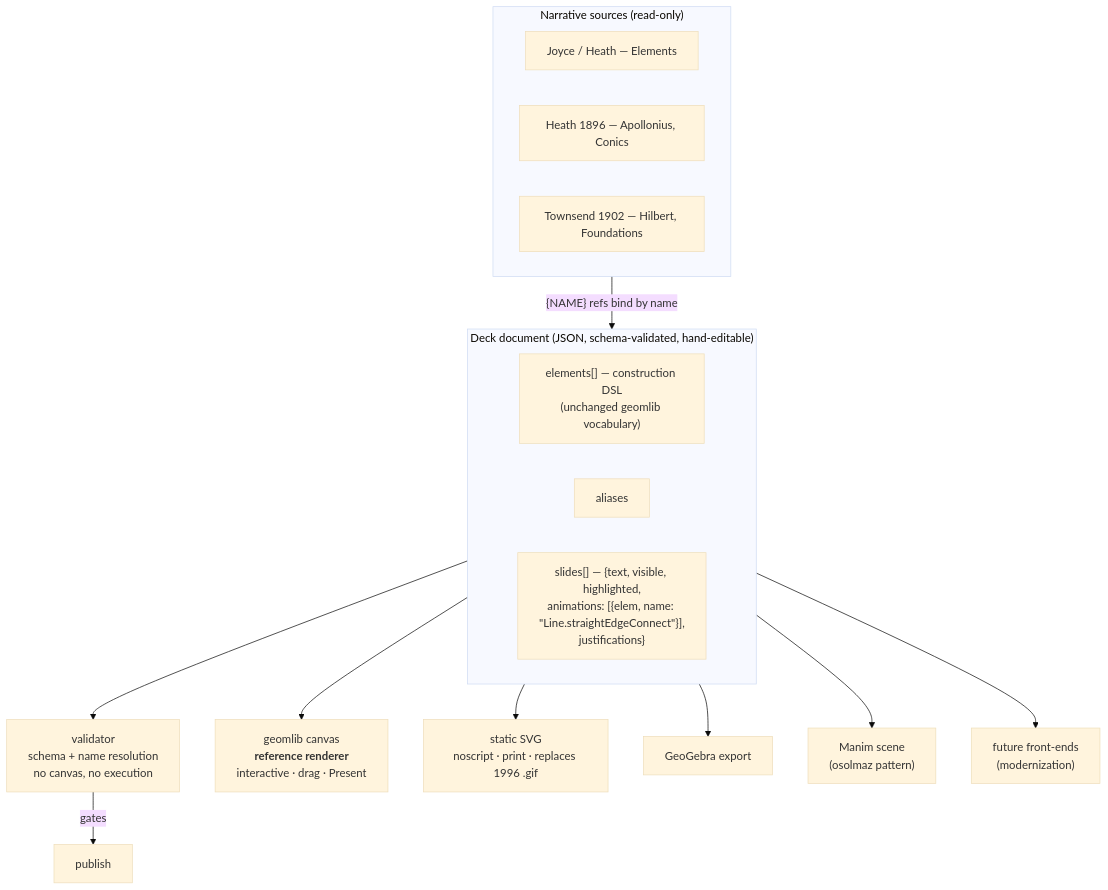
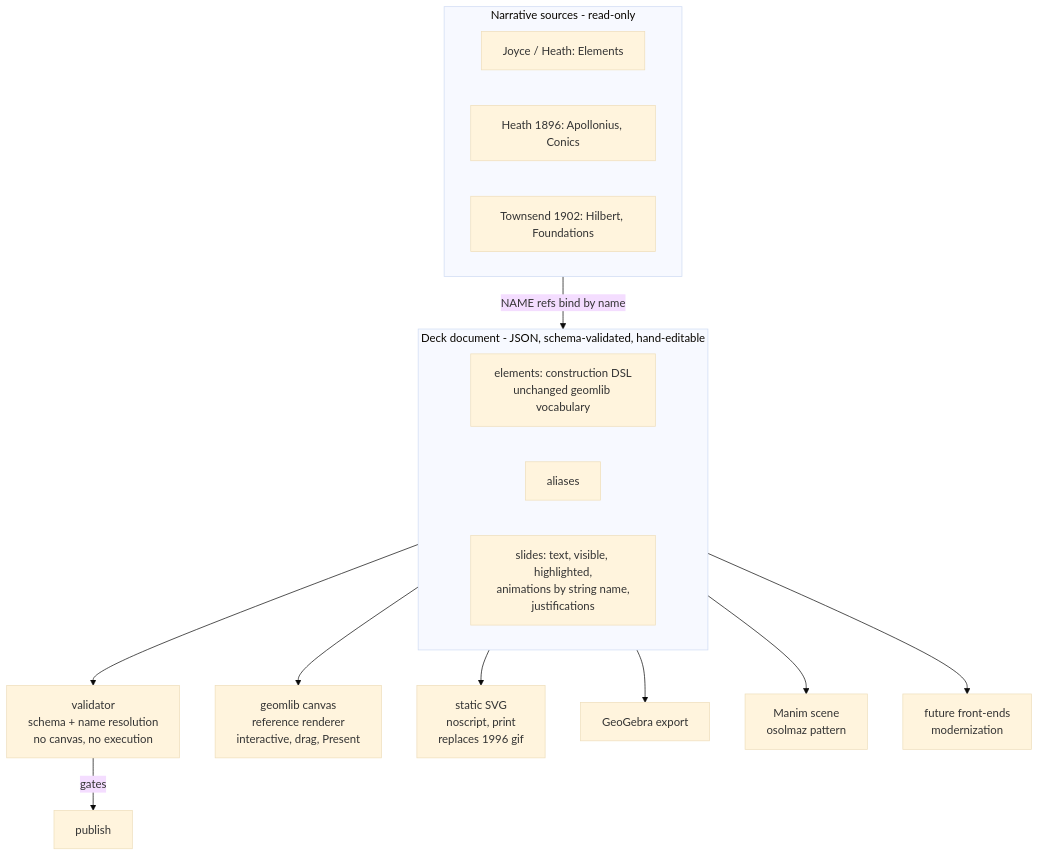
The third of 5 diagrams in docs/architecture.md (imkarrer/preservation-workbench), drawn with Mermaid (base theme) before and after one commit. The commit also changed other lines of this file, not shown here.

Commit message:
architecture.md: strip HTML entities, quoted labels, braces and the LR subgraph id so GitHub Mermaid renders

````diff
--- a/docs/architecture.md
+++ b/docs/architecture.md
@@ -52,21 +53,21 @@
 ```mermaid
 flowchart TB
-    subgraph sources["Narrative sources (read-only)"]
-        J["Joyce / Heath — Elements"]
-        A["Heath 1896 — Apollonius, Conics"]
-        H["Townsend 1902 — Hilbert, Foundations"]
+    subgraph SRC[Narrative sources - read-only]
+        J[Joyce / Heath: Elements]
+        A[Heath 1896: Apollonius, Conics]
+        H[Townsend 1902: Hilbert, Foundations]
     end
-    subgraph doc["Deck document  (JSON, schema-validated, hand-editable)"]
-        EL["elements[] — construction DSL<br/>(unchanged geomlib vocabulary)"]
-        AL["aliases"]
-        SL["slides[] — {text, visible, highlighted,<br/>animations: [{elem, name: &quot;Line.straightEdgeConnect&quot;}],<br/>justifications}"]
+    subgraph DOC[Deck document - JSON, schema-validated, hand-editable]
+        EL[elements: construction DSL<br/>unchanged geomlib vocabulary]
+        AL[aliases]
+        SL[slides: text, visible, highlighted,<br/>animations by string name,<br/>justifications]
     end
-    sources -- "{NAME} refs bind by name" --> doc
-    doc --> V["validator<br/>schema + name resolution<br/>no canvas, no execution"]
-    doc --> R1["geomlib canvas<br/><b>reference renderer</b><br/>interactive · drag · Present"]
-    doc --> R2["static SVG<br/>noscript · print · replaces 1996 .gif"]
-    doc --> X1["GeoGebra export"]
-    doc --> X2["Manim scene<br/>(osolmaz pattern)"]
-    doc --> R3["future front-ends<br/>(modernization)"]
-    V -- "gates" --> PUB["publish"]
+    SRC -->|NAME refs bind by name| DOC
+    DOC --> V[validator<br/>schema + name resolution<br/>no canvas, no execution]
+    DOC --> R1[geomlib canvas<br/>reference renderer<br/>interactive, drag, Present]
+    DOC --> R2[static SVG<br/>noscript, print<br/>replaces 1996 gif]
+    DOC --> X1[GeoGebra export]
+    DOC --> X2[Manim scene<br/>osolmaz pattern]
+    DOC --> R3[future front-ends<br/>modernization]
+    V -->|gates| PUB[publish]
 ```
````
